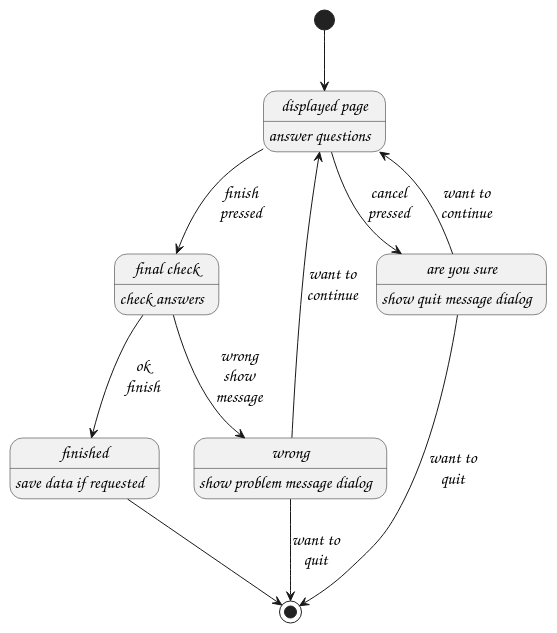
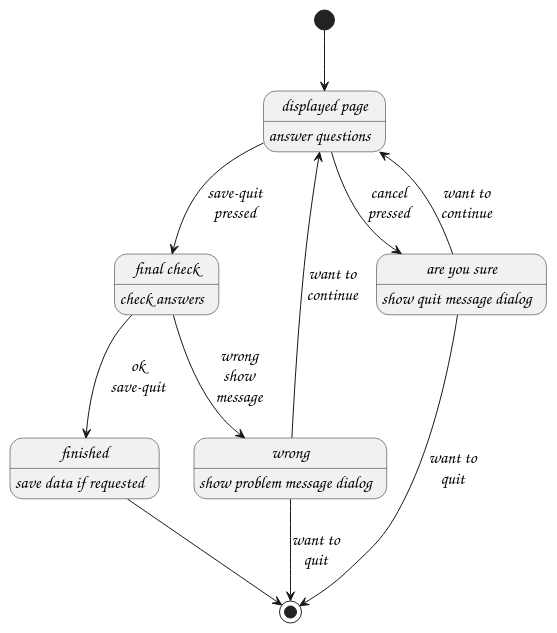
One commit to MARTIMM/question-answer changed the second of 5 diagrams in doc/design.md. Above: the diagram before and after it, drawn with PlantUML. The commit also changed other lines of this file and 15 other files, not shown here.

````diff
--- a/doc/design.md
+++ b/doc/design.md
@@ -198,41 +198,41 @@
 ```plantuml
 @startuml
 hide empty description
 
 skinparam DefaultFontSize 17
 skinparam DefaultFontName "z003"
 'skinparam StateMessageAlignment left
 'skinparam DefaultTextAlignment middle
 skinparam StateStartColor #a0a0a0
 'skinparam StateAttributeFontColor
 'skinparam StateAttributeFontName
 'skinparam StateAttributeFontSize
 'skinparam StateAttributeFontStyle
 'skinparam StateBackgroundColor
 'skinparam StateBorderColor
 skinparam StateEndColor #a0a0a0
 'skinparam StateFontColor
 'skinparam StateFontName
 'skinparam StateFontSize
 'skinparam StateFontStyle
 
 state "displayed page" as dp: answer questions
 state "final check" as fc: check answers
 state "wrong" as w: show problem message dialog
 state "are you sure" as c: show quit message dialog
 
 [*] --> dp
 dp --> c: cancel\npressed
-dp --> fc: finish\npressed
+dp --> fc: save-quit\npressed
 fc --> w: wrong\nshow\nmessage
 w --> dp: want to\ncontinue
 w --> [*]: want to\nquit
-fc --> finished: ok\nfinish
+fc --> finished: ok\nsave-quit
 
 c --> dp: want to\ncontinue
 c --> [*]: want to\nquit
 finished --> [*]
 finished: save data if requested
 
 @enduml
 ```
````
